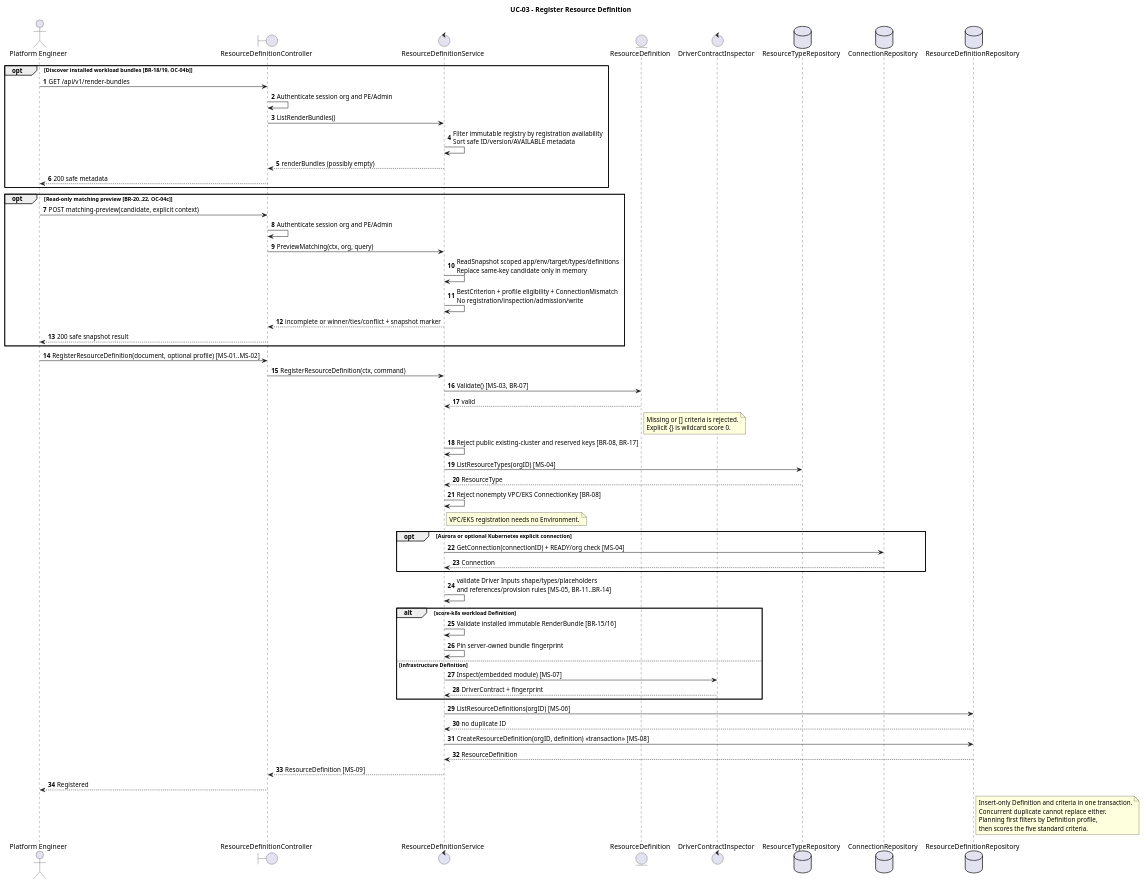
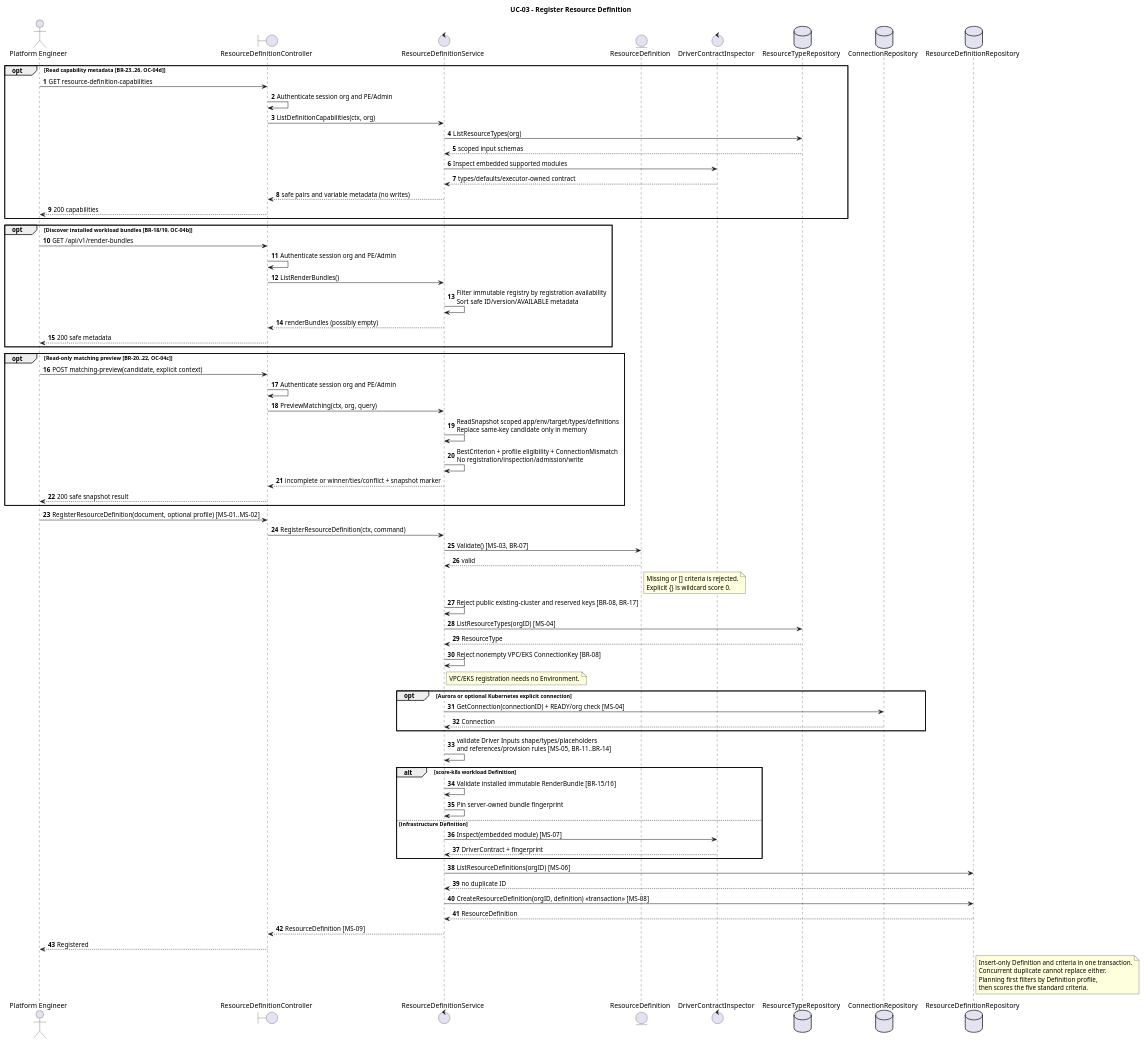
The diagram in orchestrator_docs/usecase/UC-03/sequence.puml (pr3s3nt/poc), drawn with PlantUML before and after one commit. The commit also changed 43 other files, not shown here.

Commit message:
T31: add authoritative capabilities and typed definition forms

```diff
--- a/orchestrator_docs/usecase/UC-03/sequence.puml
+++ b/orchestrator_docs/usecase/UC-03/sequence.puml
@@ -1,70 +1,82 @@
 @startuml
 title UC-03 - Register Resource Definition
 autonumber
 actor "Platform Engineer" as PE
 boundary ResourceDefinitionController as API
 control ResourceDefinitionService as Service
 entity ResourceDefinition as Validator
 control DriverContractInspector as Inspector
 database ResourceTypeRepository as TypeRepo
 database ConnectionRepository as ConnectionRepo
 database ResourceDefinitionRepository as DefinitionRepo
+
+opt Read capability metadata [BR-23..26, OC-04d]
+PE -> API: GET resource-definition-capabilities
+API -> API: Authenticate session org and PE/Admin
+API -> Service: ListDefinitionCapabilities(ctx, org)
+Service -> TypeRepo: ListResourceTypes(org)
+TypeRepo --> Service: scoped input schemas
+Service -> Inspector: Inspect embedded supported modules
+Inspector --> Service: types/defaults/executor-owned contract
+Service --> API: safe pairs and variable metadata (no writes)
+API --> PE: 200 capabilities
+end
 
 opt Discover installed workload bundles [BR-18/19, OC-04b]
 PE -> API: GET /api/v1/render-bundles
 API -> API: Authenticate session org and PE/Admin
 API -> Service: ListRenderBundles()
 Service -> Service: Filter immutable registry by registration availability\nSort safe ID/version/AVAILABLE metadata
 Service --> API: renderBundles (possibly empty)
 API --> PE: 200 safe metadata
 end
 
 opt Read-only matching preview [BR-20..22, OC-04c]
 PE -> API: POST matching-preview(candidate, explicit context)
 API -> API: Authenticate session org and PE/Admin
 API -> Service: PreviewMatching(ctx, org, query)
 Service -> Service: ReadSnapshot scoped app/env/target/types/definitions\nReplace same-key candidate only in memory
 Service -> Service: BestCriterion + profile eligibility + ConnectionMismatch\nNo registration/inspection/admission/write
 Service --> API: incomplete or winner/ties/conflict + snapshot marker
 API --> PE: 200 safe snapshot result
 end
 
 PE -> API: RegisterResourceDefinition(document, optional profile) [MS-01..MS-02]
 API -> Service: RegisterResourceDefinition(ctx, command)
 Service -> Validator: Validate() [MS-03, BR-07]
 Validator --> Service: valid
 note right of Validator
 Missing or [] criteria is rejected.
 Explicit {} is wildcard score 0.
 end note
 Service -> Service: Reject public existing-cluster and reserved keys [BR-08, BR-17]
 Service -> TypeRepo: ListResourceTypes(orgID) [MS-04]
 TypeRepo --> Service: ResourceType
 Service -> Service: Reject nonempty VPC/EKS ConnectionKey [BR-08]
 note right of Service: VPC/EKS registration needs no Environment.
 opt Aurora or optional Kubernetes explicit connection
 Service -> ConnectionRepo: GetConnection(connectionID) + READY/org check [MS-04]
 ConnectionRepo --> Service: Connection
 end
 Service -> Service: validate Driver Inputs shape/types/placeholders\nand references/provision rules [MS-05, BR-11..BR-14]
 alt score-k8s workload Definition
   Service -> Service: Validate installed immutable RenderBundle [BR-15/16]
   Service -> Service: Pin server-owned bundle fingerprint
 else infrastructure Definition
   Service -> Inspector: Inspect(embedded module) [MS-07]
   Inspector --> Service: DriverContract + fingerprint
 end
 Service -> DefinitionRepo: ListResourceDefinitions(orgID) [MS-06]
 DefinitionRepo --> Service: no duplicate ID
 Service -> DefinitionRepo: CreateResourceDefinition(orgID, definition) <<transaction>> [MS-08]
 DefinitionRepo --> Service: ResourceDefinition
 Service --> API: ResourceDefinition [MS-09]
 API --> PE: Registered
 note right of DefinitionRepo
 Insert-only Definition and criteria in one transaction.
 Concurrent duplicate cannot replace either.
 Planning first filters by Definition profile,
 then scores the five standard criteria.
 end note
 
 @enduml
```
